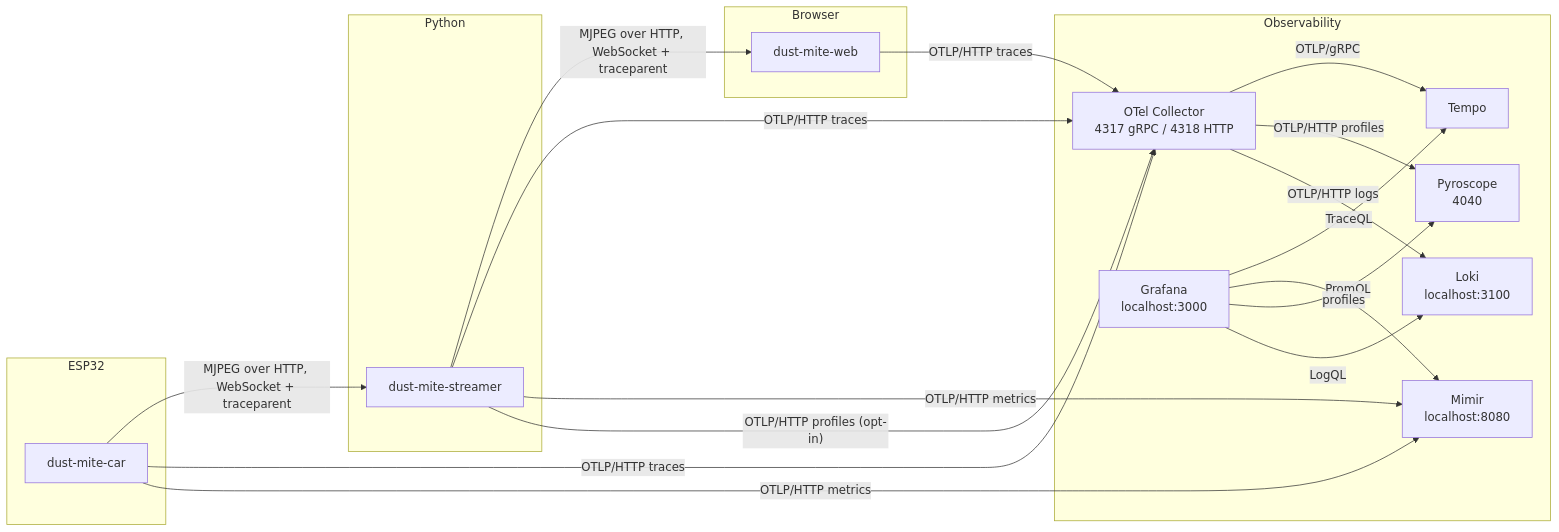
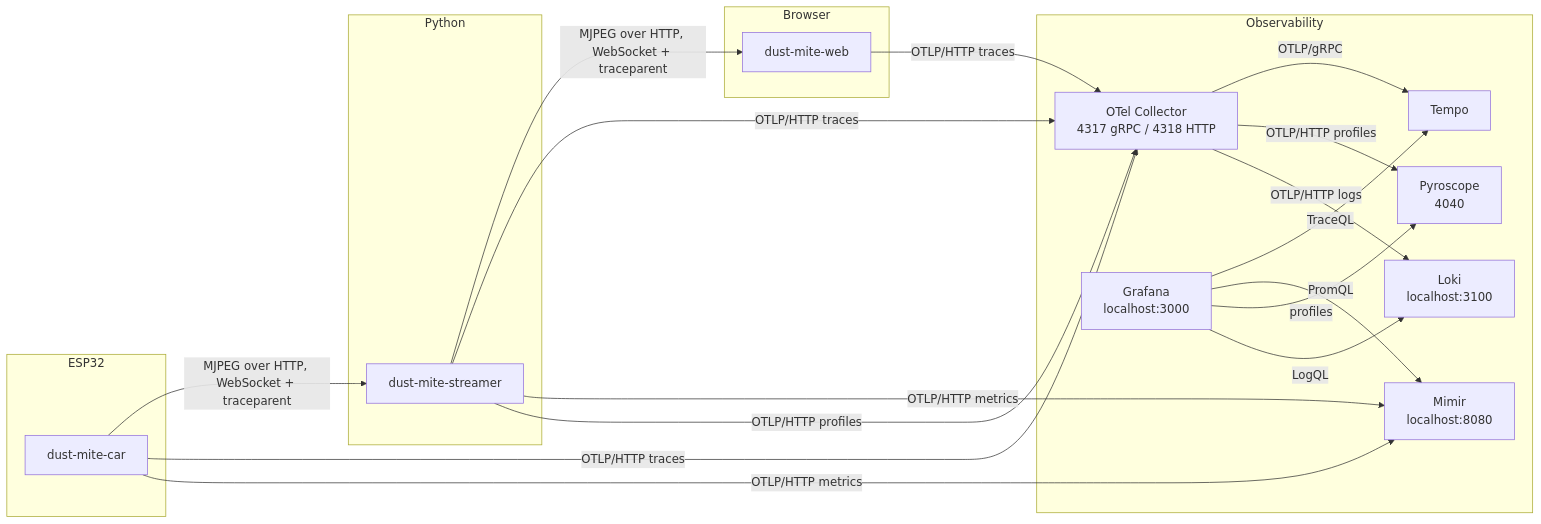
Before and after one commit to ltowarek/dust-mite: the diagram in CONTRIBUTING.md, drawn with Mermaid. The commit also changed other lines of this file and 7 other files, not shown here.

````diff
--- a/CONTRIBUTING.md
+++ b/CONTRIBUTING.md
@@ -169,36 +169,36 @@
 ```mermaid
 flowchart LR
     subgraph car ["ESP32"]
         FW["dust-mite-car"]
     end
     subgraph python ["Python"]
         STR["dust-mite-streamer"]
     end
     subgraph browser ["Browser"]
         WEB["dust-mite-web"]
     end
     subgraph observability ["Observability"]
         OC["OTel Collector\n4317 gRPC / 4318 HTTP"]
         TEMPO["Tempo"]
         MIMIR["Mimir\nlocalhost:8080"]
         PYRO["Pyroscope\n4040"]
         LOKI["Loki\nlocalhost:3100"]
         GRAF["Grafana\nlocalhost:3000"]
     end
 
     FW -- "MJPEG over HTTP, WebSocket + traceparent" --> STR
     STR -- "MJPEG over HTTP, WebSocket + traceparent" --> WEB
     FW -- "OTLP/HTTP traces" --> OC
     FW -- "OTLP/HTTP metrics" --> MIMIR
     STR -- "OTLP/HTTP traces" --> OC
     STR -- "OTLP/HTTP metrics" --> MIMIR
-    STR -- "OTLP/HTTP profiles (opt-in)" --> OC
+    STR -- "OTLP/HTTP profiles" --> OC
     WEB -- "OTLP/HTTP traces" --> OC
     OC -- "OTLP/gRPC" --> TEMPO
     OC -- "OTLP/HTTP profiles" --> PYRO
     OC -- "OTLP/HTTP logs" --> LOKI
     GRAF -- "TraceQL" --> TEMPO
     GRAF -- "PromQL" --> MIMIR
     GRAF -- "profiles" --> PYRO
     GRAF -- "LogQL" --> LOKI
 ```
````
